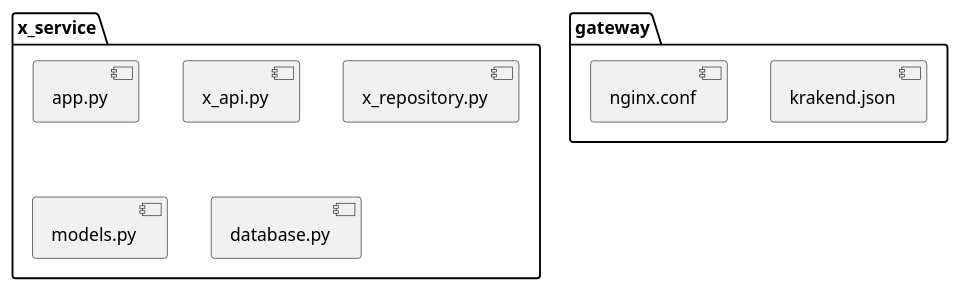
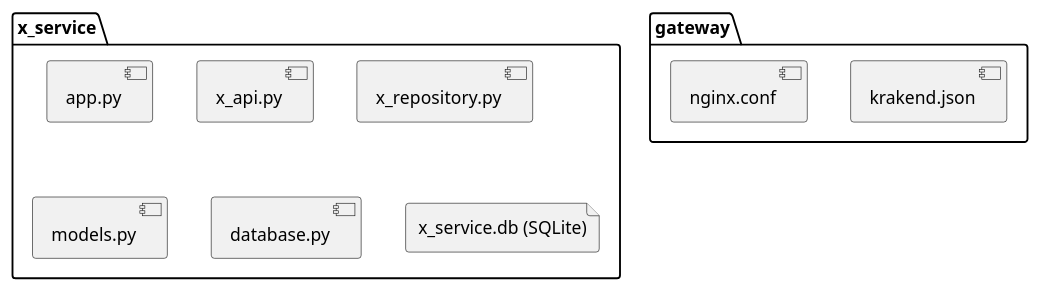
Before and after one commit to LawrenceLiang02/LOG430_ETAPE1: the diagram in docs/UML/lab5/vueimplementation.puml, drawn with PlantUML. The commit also changed 6 other files, not shown here.

```diff
--- a/docs/UML/lab5/vueimplementation.puml
+++ b/docs/UML/lab5/vueimplementation.puml
@@ -1,15 +1,16 @@
 @startuml impl
 
 package "x_service" {
     [app.py]
     [x_api.py]
     [x_repository.py]
     [models.py]
     [database.py]
+    file "x_service.db (SQLite)"
 }
 
 package "gateway" {
     [krakend.json]
     [nginx.conf]
 }
 @enduml
```
